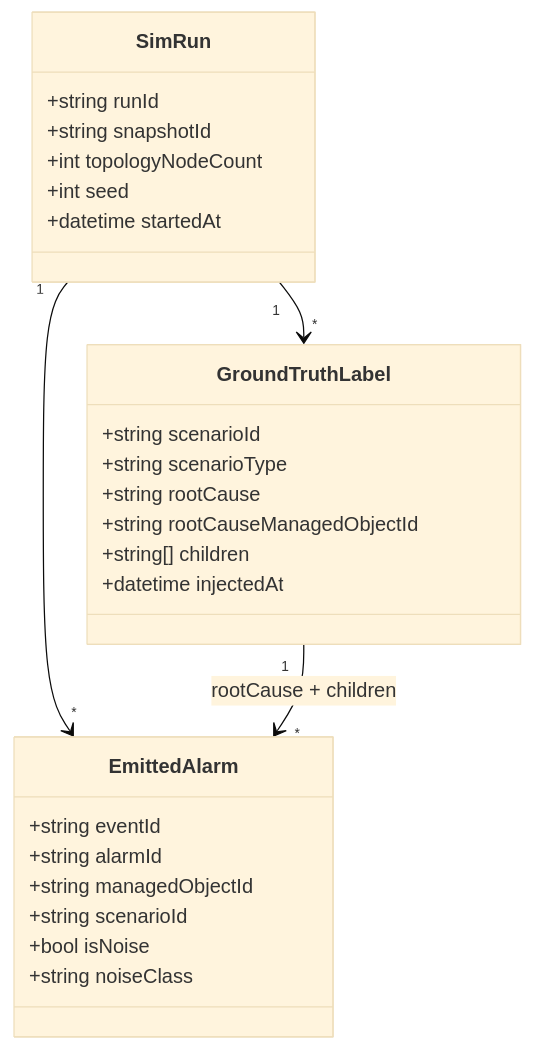
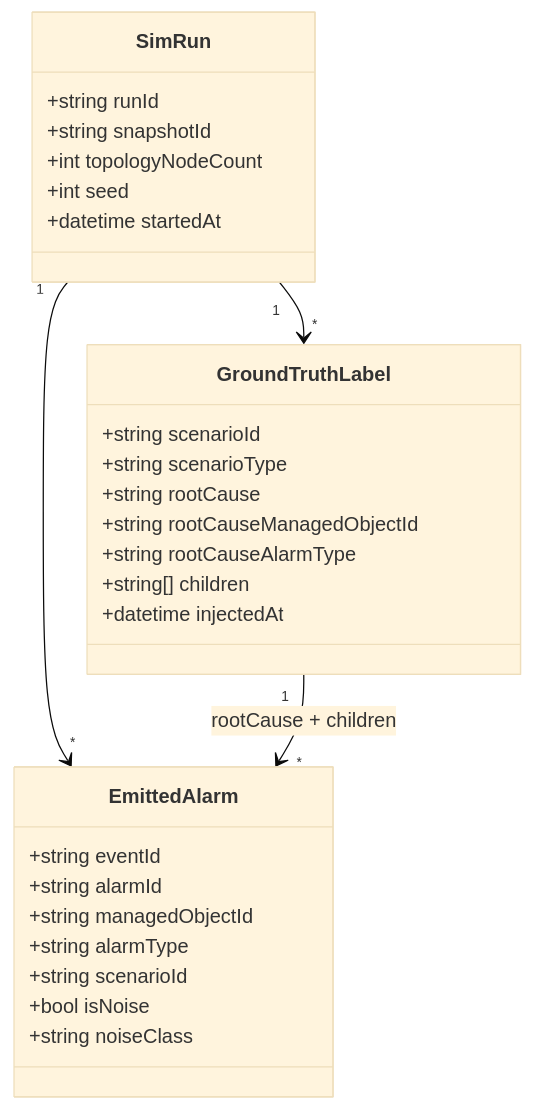
One commit to nikhilmohan/correlation-platform changed the second of 9 diagrams in services/simulator/design.md. Above: the diagram before and after it, drawn with Mermaid (base theme). The commit also changed other lines of this file and 1 other file, not shown here.

First line of the commit message:
design(simulator): design-readiness fixes — alarmType, labels rootCauseAlarmType, frozen Topology ingestion

````diff
--- a/services/simulator/design.md
+++ b/services/simulator/design.md
@@ -171,29 +185,31 @@
 ```mermaid
 classDiagram
   class SimRun {
     +string runId
     +string snapshotId
     +int topologyNodeCount
     +int seed
     +datetime startedAt
   }
   class GroundTruthLabel {
     +string scenarioId
     +string scenarioType
     +string rootCause
     +string rootCauseManagedObjectId
+    +string rootCauseAlarmType
     +string[] children
     +datetime injectedAt
   }
   class EmittedAlarm {
     +string eventId
     +string alarmId
     +string managedObjectId
+    +string alarmType
     +string scenarioId
     +bool isNoise
     +string noiseClass
   }
   SimRun "1" --> "*" GroundTruthLabel
   SimRun "1" --> "*" EmittedAlarm
   GroundTruthLabel "1" --> "*" EmittedAlarm : rootCause + children
 ```
````
